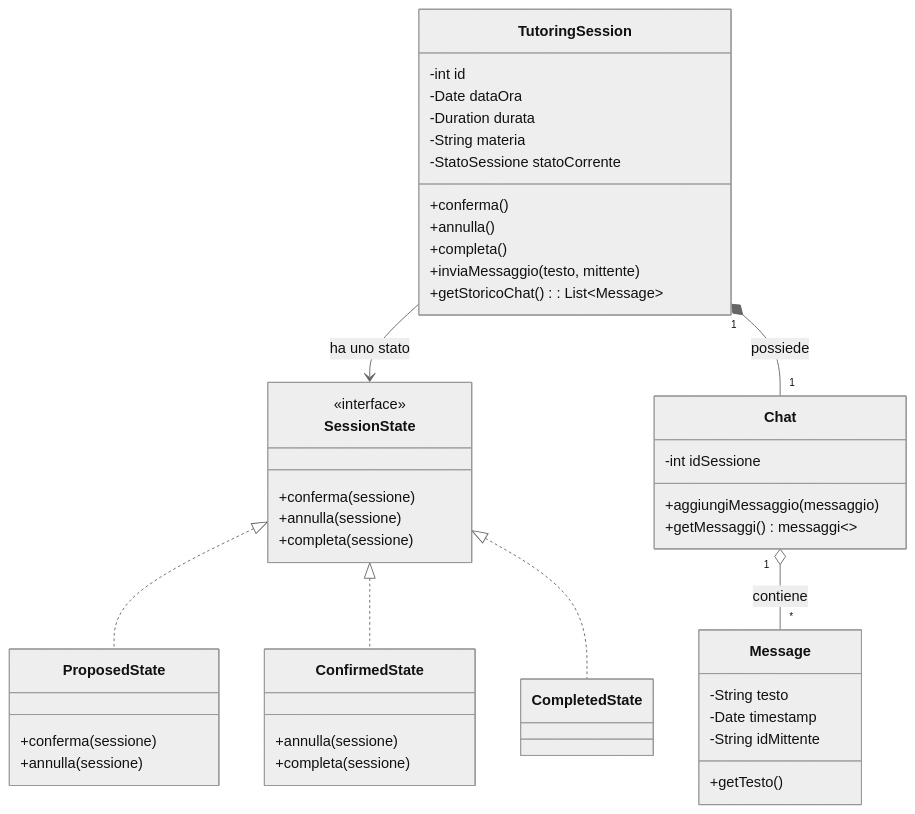
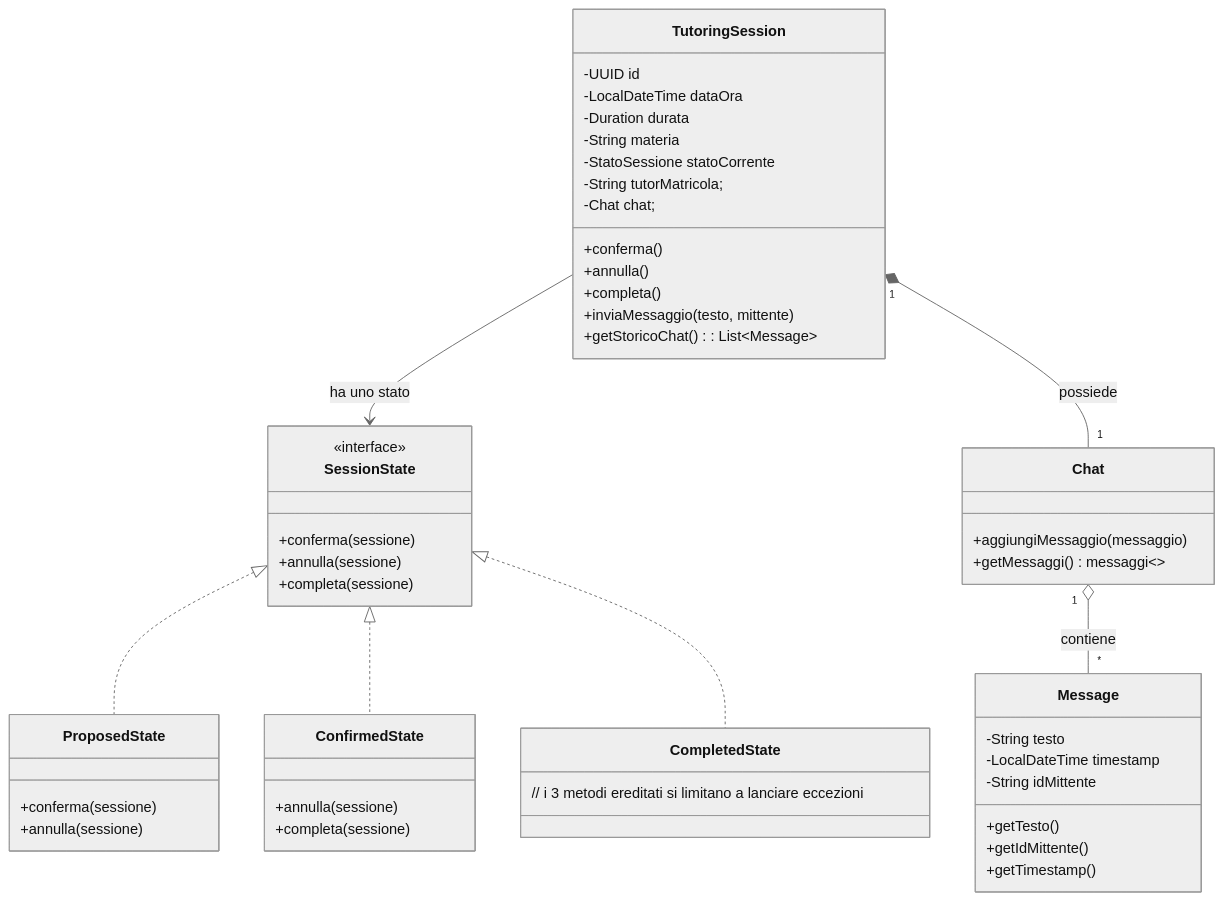
The sixth of 8 diagrams in README.md (Sil2564/unibo_tutoring), drawn with Mermaid (neutral theme) before and after one commit. The commit also changed other lines of this file and 6 other files, not shown here.

````diff
--- a/README.md
+++ b/README.md
@@ -370,67 +370,70 @@
 ```mermaid
   %% ============================================================
     %% DESIGN DETTAGLIATO - SESSIONI E CHAT (ANDREA)
     %% Pattern: Observer + Strategy
     %% ============================================================
 
     classDiagram
 
     class TutoringSession {
-        -int id
-        -Date dataOra
+        -UUID id
+        -LocalDateTime dataOra
         -Duration durata
         -String materia
         -StatoSessione statoCorrente
+        -String tutorMatricola;
+        -Chat chat;
         +conferma()
         +annulla()
         +completa()
         +inviaMessaggio(testo, mittente)
         +getStoricoChat() : List~Message~
     }
 
     %% PATTERN STATE: Gestione degli stati
     class SessionState {
         <<interface>>
         +conferma(sessione)
         +annulla(sessione)
         +completa(sessione)
     }
 
     class ProposedState {
  
         +conferma(sessione)
         +annulla(sessione)
     }
 
     class ConfirmedState {
 
         +annulla(sessione)
         +completa(sessione)
     }
 
     class CompletedState {
-
+        // i 3 metodi ereditati si limitano a lanciare eccezioni
     }
 
     TutoringSession --> SessionState : ha uno stato 
     SessionState <|.. ProposedState
     SessionState <|.. ConfirmedState
     SessionState <|.. CompletedState
 
     class Chat {
-        -int idSessione
         +aggiungiMessaggio(messaggio)
         +getMessaggi() messaggi<>
     }
 
     class Message {
         -String testo
-        -Date timestamp
+        -LocalDateTime timestamp
         -String idMittente
         +getTesto()
+        +getIdMittente()
+        +getTimestamp() 
     }
 
     
     TutoringSession "1" *-- "1" Chat : possiede 
     Chat "1" o-- "*" Message : contiene 
 ```
````
